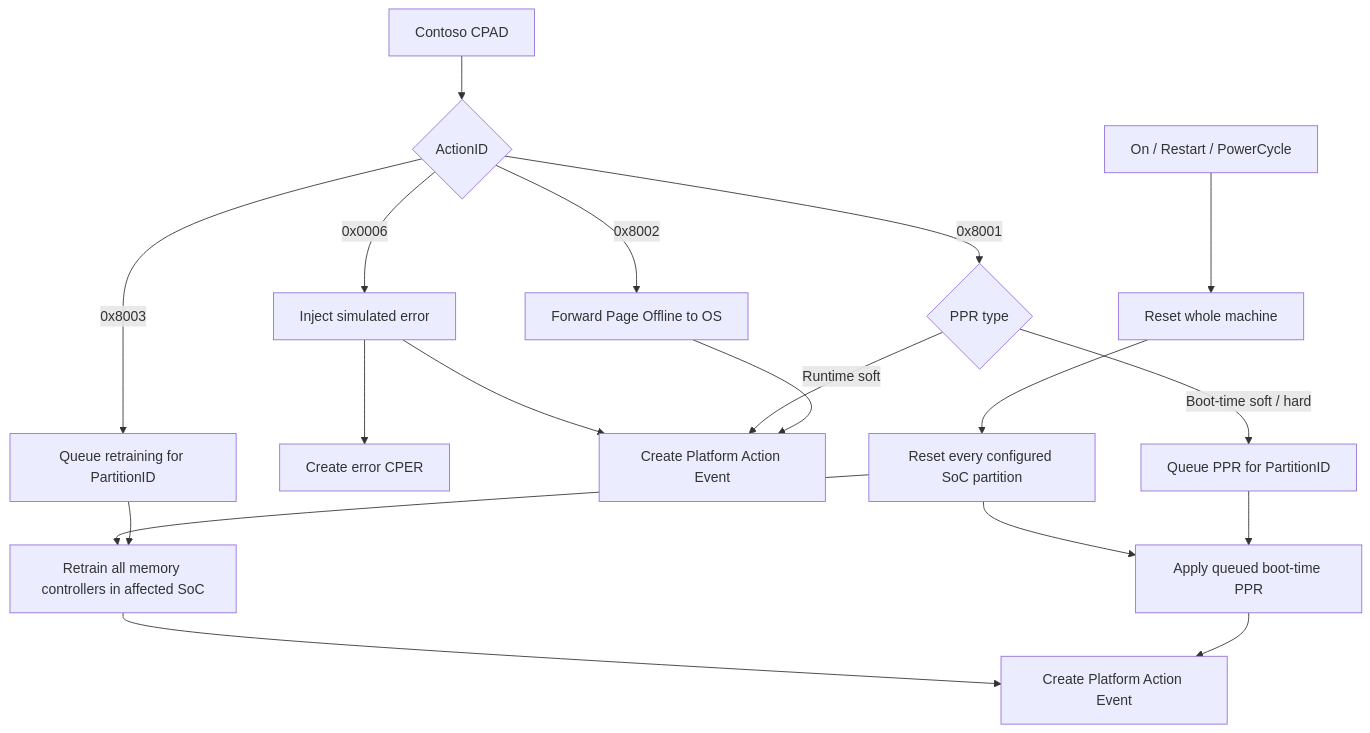
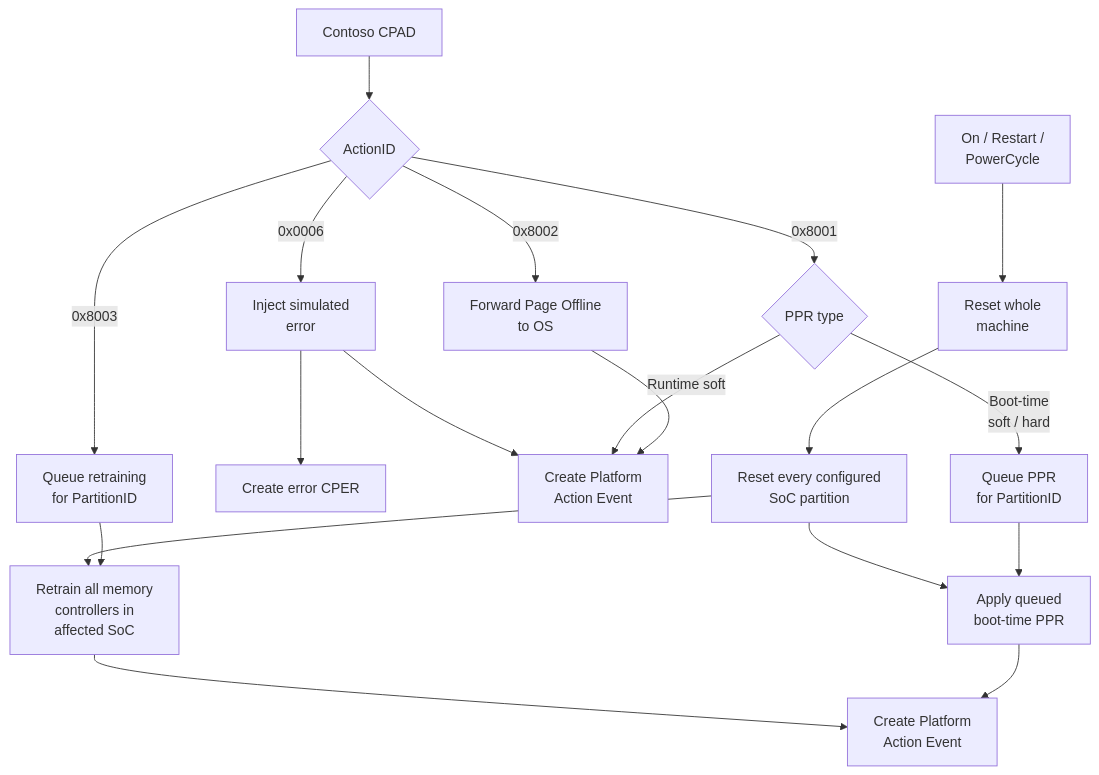
One commit to KrishnaAnnam/redfish-dev-server changed the diagram in examples/ras_api_demo/analyzers/contoso/contoso-cpad-actions.md. Above: the diagram before and after it, drawn with Mermaid. The commit also changed other lines of this file and 5 other files, not shown here.

First line of the commit message:
docs(contoso): clarify memory vendor shim flow

````diff
--- a/examples/ras_api_demo/analyzers/contoso/contoso-cpad-actions.md
+++ b/examples/ras_api_demo/analyzers/contoso/contoso-cpad-actions.md
@@ -32,24 +32,24 @@
 ```mermaid
 flowchart TD
-    CPAD[Contoso CPAD] --> ID{ActionID}
+    CPAD["Contoso CPAD"] --> ID{"ActionID"}
 
-    ID -->|0x0006| Inject[Inject simulated error]
-    ID -->|0x8001| PPR{PPR type}
-    ID -->|0x8002| Offline[Forward Page Offline to OS]
-    ID -->|0x8003| Queue[Queue retraining for PartitionID]
+    ID -->|0x0006| Inject["Inject simulated<br/>error"]
+    ID -->|0x8001| PPR{"PPR type"}
+    ID -->|0x8002| Offline["Forward Page Offline<br/>to OS"]
+    ID -->|0x8003| Queue["Queue retraining<br/>for PartitionID"]
 
-    Inject --> ErrorCPER[Create error CPER]
-    Inject --> Immediate[Create Platform Action Event]
+    Inject --> ErrorCPER["Create error CPER"]
+    Inject --> Immediate["Create Platform<br/>Action Event"]
     PPR -->|Runtime soft| Immediate
-    PPR -->|Boot-time soft / hard| PPRQueue[Queue PPR for PartitionID]
+    PPR -->|Boot-time<br/>soft / hard| PPRQueue["Queue PPR<br/>for PartitionID"]
     Offline --> Immediate
 
-    Reset[On / Restart / PowerCycle] --> Machine[Reset whole machine]
-    Machine --> Partitions[Reset every configured SoC partition]
-    Partitions --> Retrain[Retrain all memory controllers in affected SoC]
+    Reset["On / Restart /<br/>PowerCycle"] --> Machine["Reset whole<br/>machine"]
+    Machine --> Partitions["Reset every configured<br/>SoC partition"]
+    Partitions --> Retrain["Retrain all memory<br/>controllers in<br/>affected SoC"]
     Queue --> Retrain
-    Retrain --> Deferred[Create Platform Action Event]
-    Partitions --> BootPPR[Apply queued boot-time PPR]
+    Retrain --> Deferred["Create Platform<br/>Action Event"]
+    Partitions --> BootPPR["Apply queued<br/>boot-time PPR"]
     PPRQueue --> BootPPR
     BootPPR --> Deferred
 ```
````
